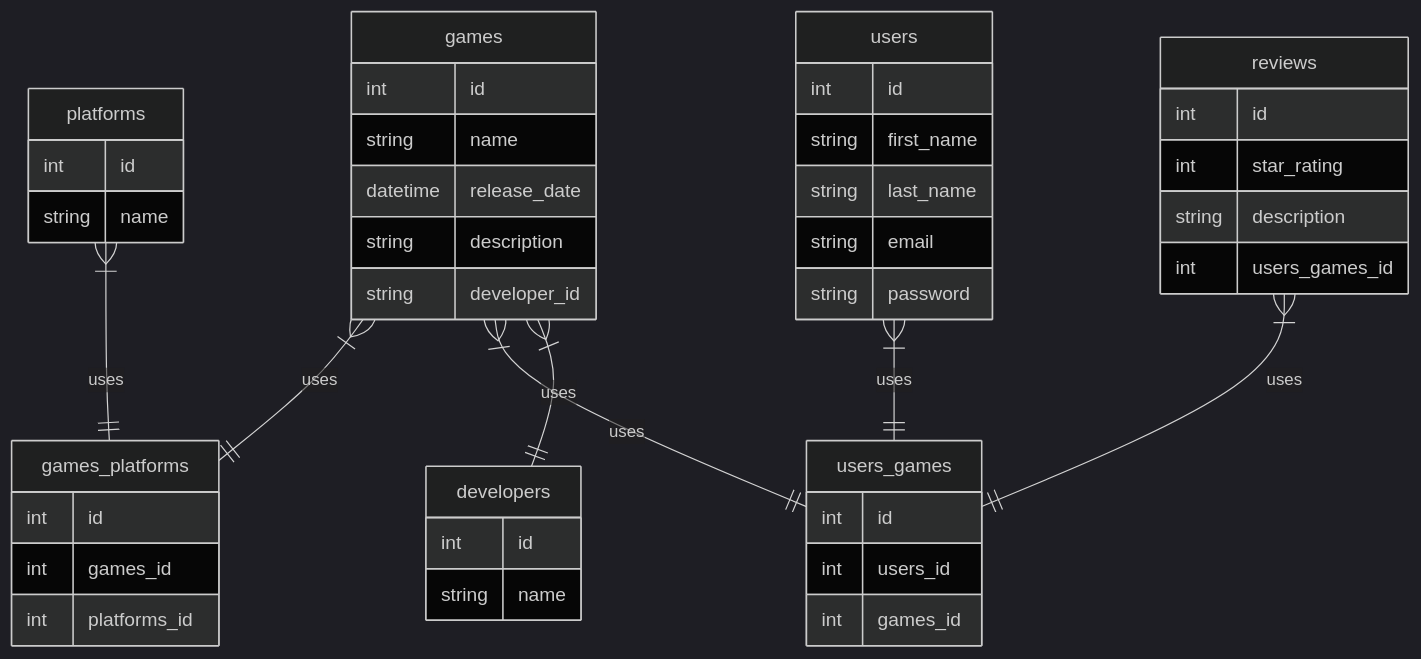
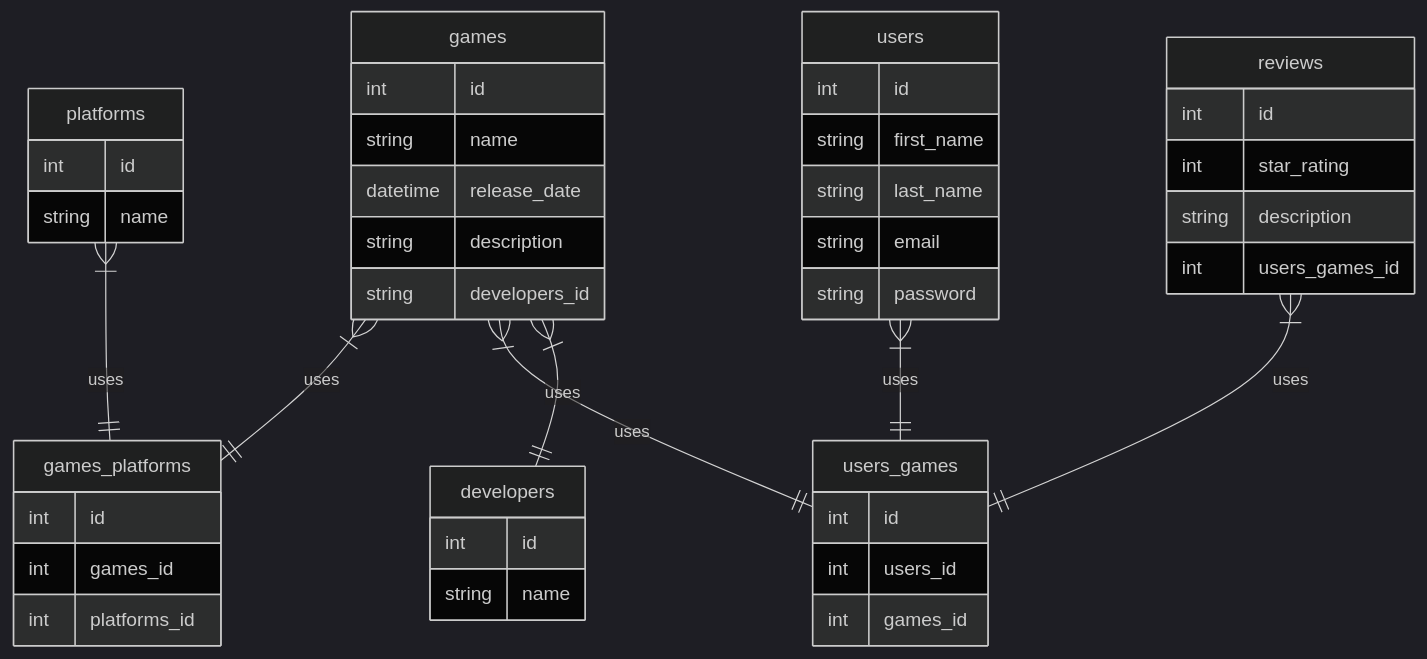
Before and after one commit to Haikira/VGLogger: the second of 2 diagrams in README.md, drawn with Mermaid.

````diff
--- a/README.md
+++ b/README.md
@@ -39,52 +39,52 @@
 ``` mermaid
 %%{init: {'theme': 'dark' } }%%
 
 erDiagram
 
         games {
                 int id
                 string name
                 datetime release_date
                 string description
-                string developer_id
+                string developers_id
         }
         platforms {
                 int id
                 string name                
         }
         games_platforms {
                 int id
                 int games_id
                 int platforms_id
         }
         users_games {
                 int id
                 int users_id
                 int games_id
         }
         users {
                 int id
                 string first_name
                 string last_name
                 string email
                 string password
         }
         developers {
                 int id
                 string name
         }
         reviews {
                 int id
                 int star_rating
                 string description
                 int users_games_id
         }
         
         games }|--|| games_platforms: "uses"
         platforms }|--|| games_platforms: "uses"
         games }|--|| users_games: "uses"
         users }|--|| users_games: "uses"
         games }|--|| developers: "uses"
         reviews }|--|| users_games: "uses"
 
 ```
````
